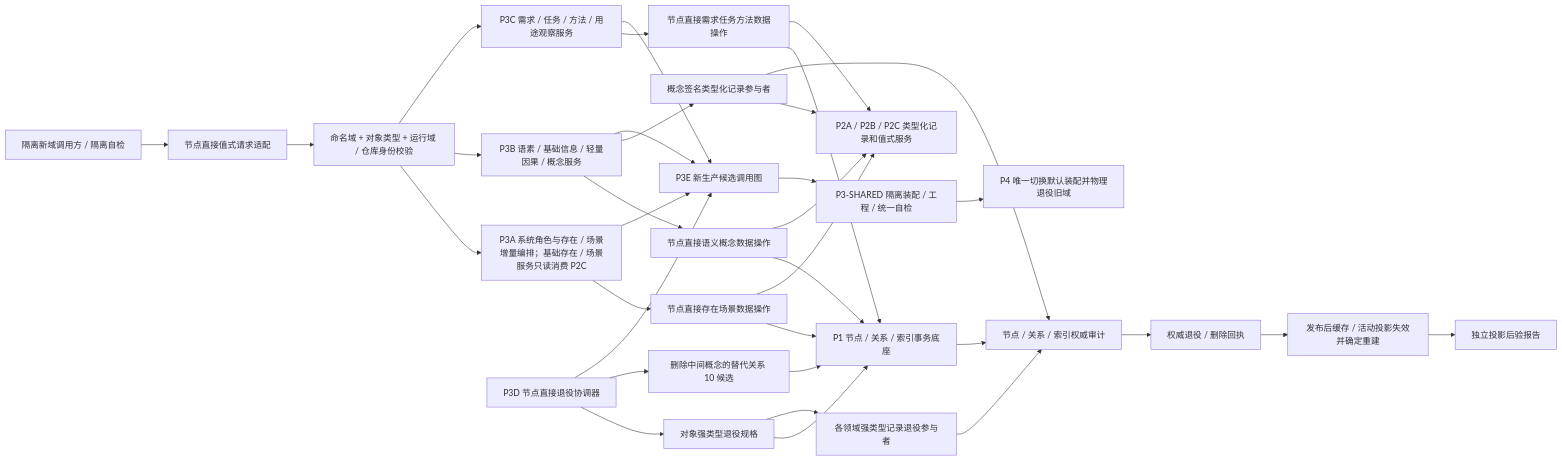
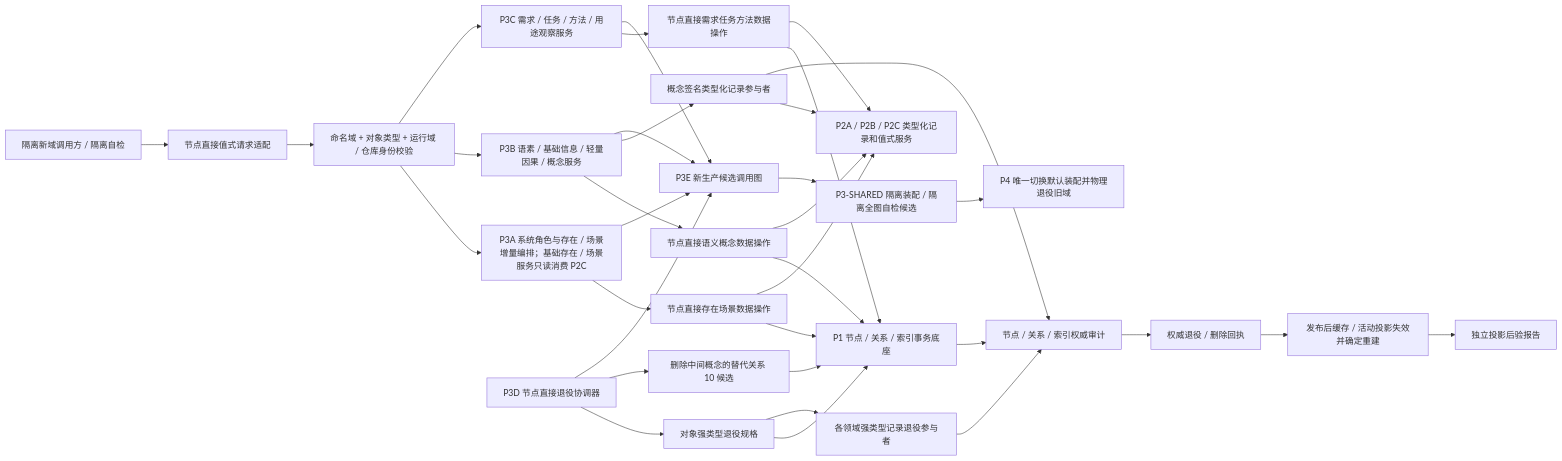
One commit to chunhaizh-cyber/HY-Ego changed the second of 5 diagrams in 项目记忆/设计记录/20260722_NODE-TYPED-MIGRATION_NT-P3_函数结构知识图谱.md. Above: the diagram before and after it, drawn with Mermaid. The commit also changed other lines of this file and 72 other files, not shown here.

````diff
--- a/项目记忆/设计记录/20260722_NODE-TYPED-MIGRATION_NT-P3_函数结构知识图谱.md
+++ b/项目记忆/设计记录/20260722_NODE-TYPED-MIGRATION_NT-P3_函数结构知识图谱.md
@@ -59,40 +59,40 @@
 ```mermaid
 flowchart LR
     ISO["隔离新域调用方 / 隔离自检"] --> ADAPT["节点直接值式请求适配"]
     ADAPT --> CHECK["命名域 + 对象类型 + 运行域 / 仓库身份校验"]
     CHECK --> SA["P3A 系统角色与存在 / 场景增量编排；基础存在 / 场景服务只读消费 P2C"]
     CHECK --> SB["P3B 语素 / 基础信息 / 轻量因果 / 概念服务"]
     CHECK --> SC["P3C 需求 / 任务 / 方法 / 用途观察服务"]
 
     SA --> OA["节点直接存在场景数据操作"]
     SB --> OB["节点直接语义概念数据操作"]
     SC --> OC["节点直接需求任务方法数据操作"]
 
     OA --> P1["P1 节点 / 关系 / 索引事务底座"]
     OB --> P1
     OC --> P1
     OA --> P2["P2A / P2B / P2C 类型化记录和值式服务"]
     OB --> P2
     OC --> P2
 
     RET["P3D 节点直接退役协调器"] --> RSPEC["对象强类型退役规格"]
     RSPEC --> P1
     RSPEC --> RP["各领域强类型记录退役参与者"]
     SB --> CSIG["概念签名类型化记录参与者"]
     CSIG --> P2
     RET --> REPL["删除中间概念的替代关系 10 候选"]
     REPL --> P1
     P1 --> AUDIT["节点 / 关系 / 索引权威审计"]
     RP --> AUDIT
     CSIG --> AUDIT
     AUDIT --> RECEIPT["权威退役 / 删除回执"]
     RECEIPT --> PROJ["发布后缓存 / 活动投影失效并确定重建"]
     PROJ --> REPORT["独立投影后验报告"]
 
     SA --> GRAPH["P3E 新生产候选调用图"]
     SB --> GRAPH
     SC --> GRAPH
     RET --> GRAPH
-    GRAPH --> SHARED["P3-SHARED 隔离装配 / 工程 / 统一自检"]
+    GRAPH --> SHARED["P3-SHARED 隔离装配 / 隔离全图自检候选"]
     SHARED --> P4["P4 唯一切换默认装配并物理退役旧域"]
 ```
````
